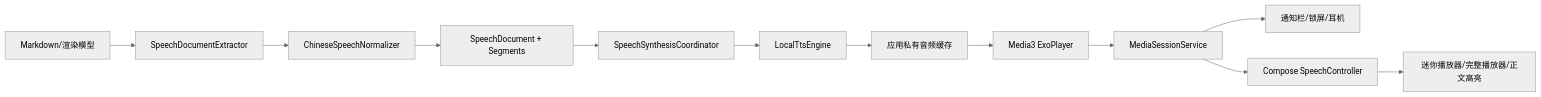
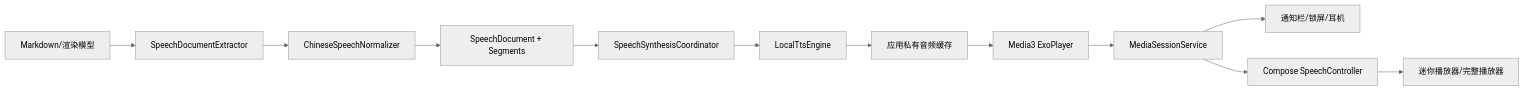
Before and after one commit to GLBB/repo-leaf: the diagram in docs/voice-reading-technical.md, drawn with Mermaid (neutral theme). The commit also changed other lines of this file and 18 other files, not shown here.

````diff
--- a/docs/voice-reading-technical.md
+++ b/docs/voice-reading-technical.md
@@ -26,14 +26,14 @@
 ```mermaid
 flowchart LR
     A["Markdown/渲染模型"] --> B["SpeechDocumentExtractor"]
     B --> C["ChineseSpeechNormalizer"]
     C --> D["SpeechDocument + Segments"]
     D --> E["SpeechSynthesisCoordinator"]
     E --> F["LocalTtsEngine"]
     F --> G["应用私有音频缓存"]
     G --> H["Media3 ExoPlayer"]
     H --> I["MediaSessionService"]
     I --> J["通知栏/锁屏/耳机"]
     I --> K["Compose SpeechController"]
-    K --> L["迷你播放器/完整播放器/正文高亮"]
+    K --> L["迷你播放器/完整播放器"]
 ```
````
